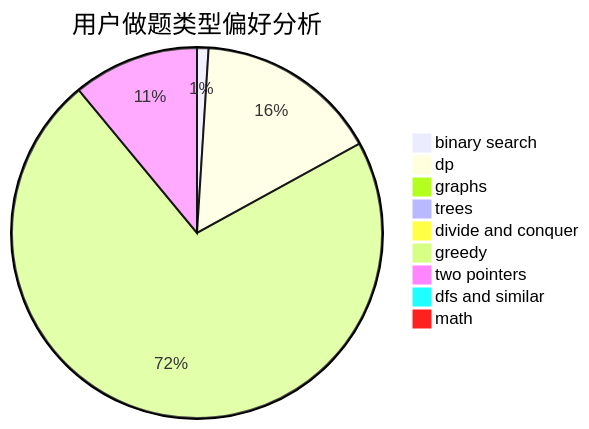
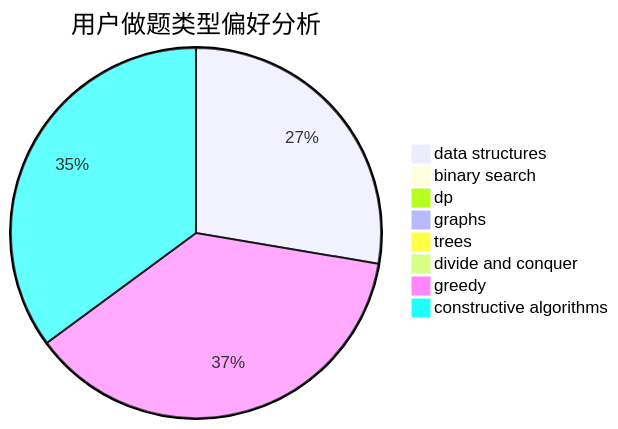
One commit to sherpahu/cfrs.github.io changed the second of 3 diagrams in docs/user/u1433.md. Above: the diagram before and after it, drawn with Mermaid. The commit also changed other lines of this file and 2775 other files, not shown here.

````diff
--- a/docs/user/u1433.md
+++ b/docs/user/u1433.md
@@ -23,12 +23,11 @@
 ```mermaid
 pie title 用户做题类型偏好分析
+    "data structures" :  52
     "binary search" :  1
-    "dp" :  16
+    "dp" :  1
     "graphs" :  0
     "trees" :  0
     "divide and conquer" :  0
-    "greedy" :  72
-    "two pointers" :  11
-    "dfs and similar" :  0
-    "math" :  0
+    "greedy" :  70
+    "constructive algorithms" :  66
 ```
````
